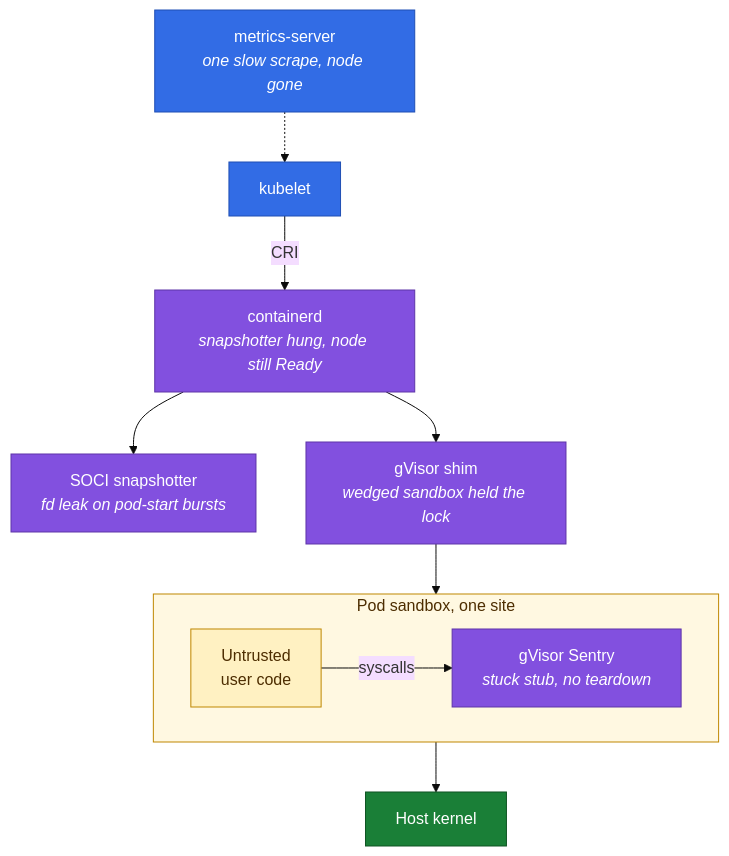
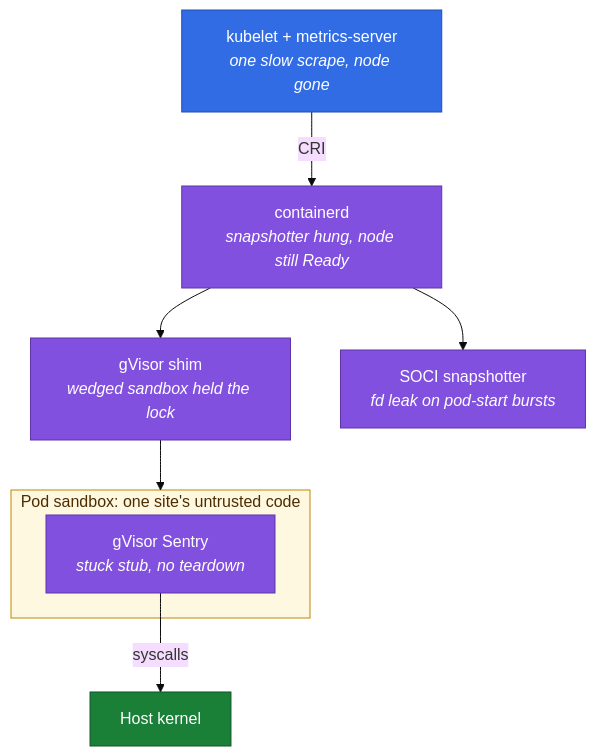
Before and after one commit to NahumLitvin/NahumLitvin: the diagram in README.md, drawn with Mermaid (base theme). The commit also changed other lines of this file, not shown here.

Commit message:
Shorter diagram, lead each story with the project

````diff
--- a/README.md
+++ b/README.md
@@ -9,22 +9,18 @@
 ```mermaid
 flowchart TD
-  ms["metrics-server<br/><i>one slow scrape, node gone</i>"] -.-> kubelet
-  kubelet -->|CRI| ctr["containerd<br/><i>snapshotter hung, node still Ready</i>"]
+  kubelet["kubelet + metrics-server<br/><i>one slow scrape, node gone</i>"] -->|CRI| ctr["containerd<br/><i>snapshotter hung, node still Ready</i>"]
+  ctr --> shim["gVisor shim<br/><i>wedged sandbox held the lock</i>"]
   ctr --> soci["SOCI snapshotter<br/><i>fd leak on pod-start bursts</i>"]
-  ctr --> shim["gVisor shim<br/><i>wedged sandbox held the lock</i>"]
   shim --> sandbox
-  subgraph sandbox["Pod sandbox, one site"]
-    direction LR
-    code["Untrusted<br/>user code"] -->|syscalls| sentry["gVisor Sentry<br/><i>stuck stub, no teardown</i>"]
+  subgraph sandbox["Pod sandbox: one site's untrusted code"]
+    sentry["gVisor Sentry<br/><i>stuck stub, no teardown</i>"]
   end
-  sentry --> kernel["Host kernel"]
+  sentry -->|syscalls| kernel["Host kernel"]
   style sandbox fill:#fff8e1,stroke:#bf8700,color:#4d2d00
-  style code fill:#fff1c2,stroke:#bf8700,color:#4d2d00
-  style ms fill:#326ce5,stroke:#1f4fb4,color:#ffffff
   style kubelet fill:#326ce5,stroke:#1f4fb4,color:#ffffff
   style ctr fill:#8250df,stroke:#5e34a8,color:#ffffff
   style soci fill:#8250df,stroke:#5e34a8,color:#ffffff
   style shim fill:#8250df,stroke:#5e34a8,color:#ffffff
   style sentry fill:#8250df,stroke:#5e34a8,color:#ffffff
   style kernel fill:#1a7f37,stroke:#0f5323,color:#ffffff
 ```
````
